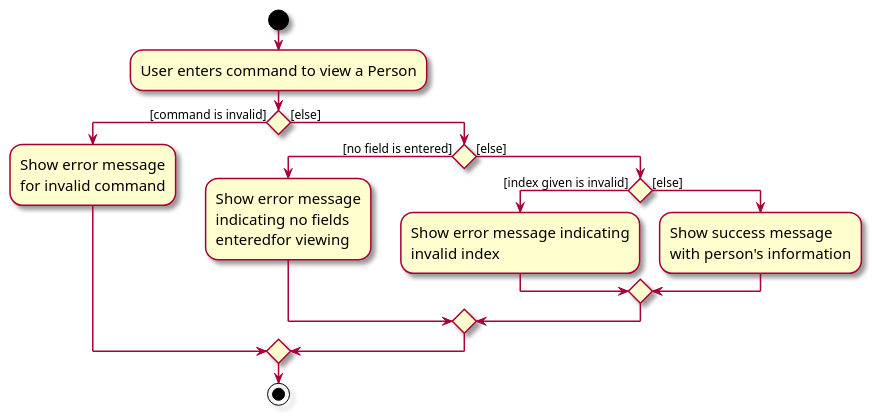
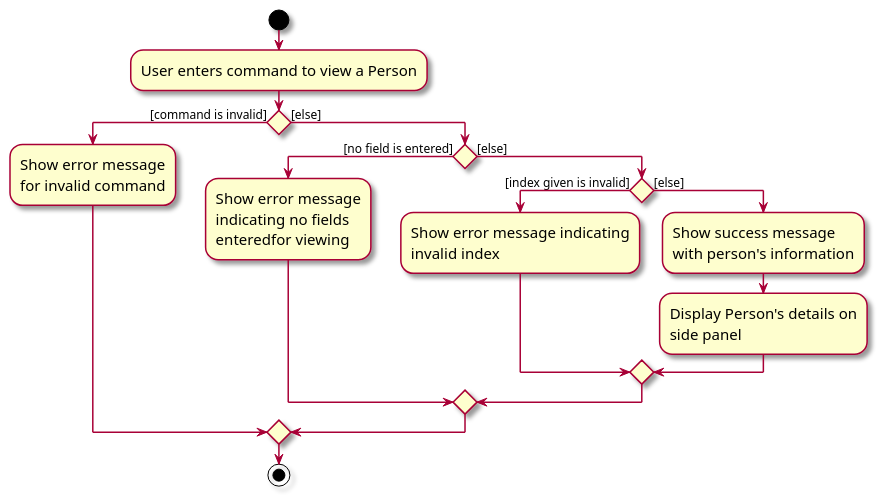
One commit to teojunda/tp changed the diagram in diagrams/ViewCommandActivityDiagram.puml. Above: the diagram before and after it, drawn with PlantUML. The commit also changed 44 other files, not shown here.

```diff
--- a/diagrams/ViewCommandActivityDiagram.puml
+++ b/diagrams/ViewCommandActivityDiagram.puml
@@ -1,23 +1,24 @@
 @startuml
 skin rose
 skinparam ActivityFontSize 15
 skinparam ArrowFontSize 12
 start
 :User enters command to view a Person;
 
 if () then ([command is invalid])
     :Show error message\nfor invalid command;
 else ([else])
         if () then ([no field is entered])
             :Show error message\nindicating no fields\nenteredfor viewing;
             else ([else])
                 if () then ([index given is invalid])
                     :Show error message indicating\ninvalid index;
                     else ([else])
                         :Show success message\nwith person's information;
+                        :Display Person's details on\nside panel;
                     endif;
                 endif;
             endif;
 
 stop
 @enduml
```
